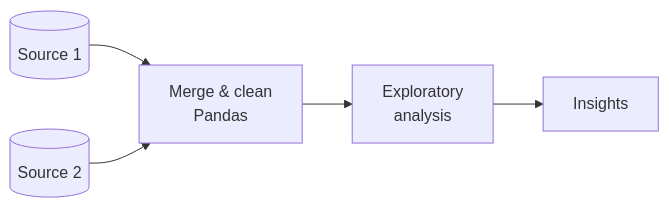
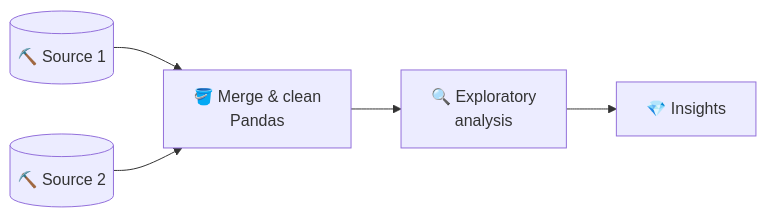
The fourth of 4 diagrams in README.md (gaurav190901/gaurav190901), drawn with Mermaid before and after one commit. The commit also changed other lines of this file and 1 other file, not shown here.

````diff
--- a/README.md
+++ b/README.md
@@ -107,6 +121,6 @@
 ```mermaid
 flowchart LR
-    A[(Source 1)] --> C[Merge & clean<br/>Pandas]
-    B[(Source 2)] --> C
-    C --> D[Exploratory<br/>analysis] --> E[Insights]
+    A[(⛏️ Source 1)] --> C[🪣 Merge & clean<br/>Pandas]
+    B[(⛏️ Source 2)] --> C
+    C --> D[🔍 Exploratory<br/>analysis] --> E[💎 Insights]
 ```
````
